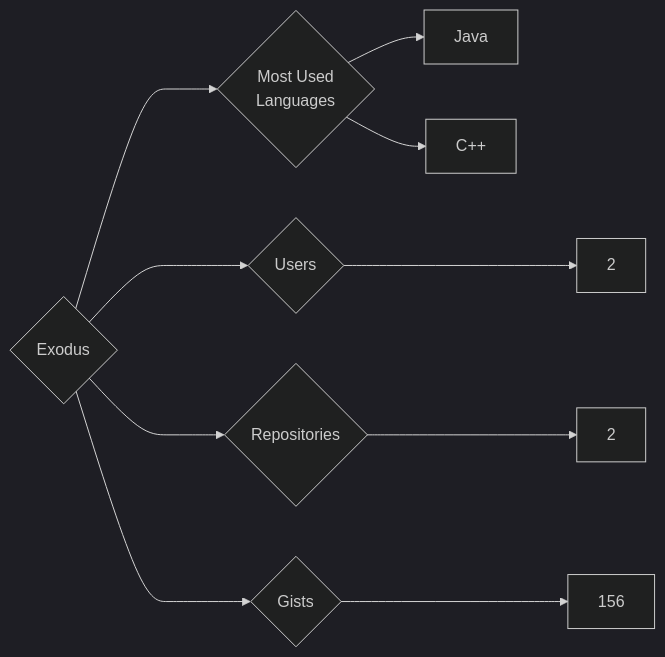
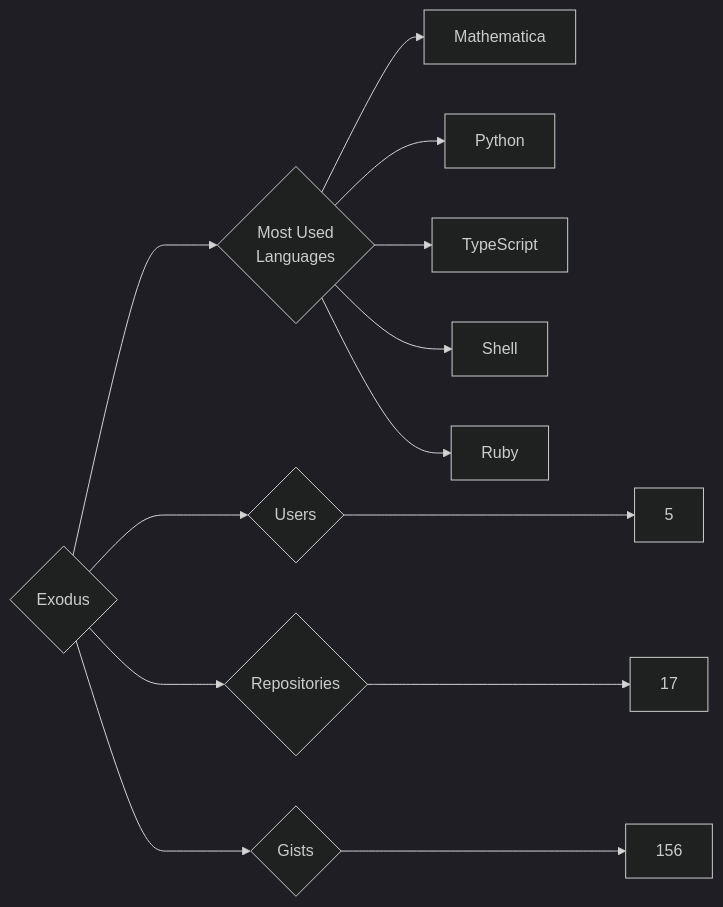
Before and after one commit to trickest/insiders: the diagram in targets/Exodus/README.md, drawn with Mermaid (dark theme). The commit also changed 1141 other files, not shown here.

````diff
--- a/targets/Exodus/README.md
+++ b/targets/Exodus/README.md
@@ -3,10 +3,13 @@
 ```mermaid
 graph LR
 COMPANY_NAME{Exodus}
-COMPANY_NAME ---> U{Users} ---> UN[2]
-COMPANY_NAME ---> R{Repositories} ---> RN[2]
+COMPANY_NAME ---> U{Users} ---> UN[5]
+COMPANY_NAME ---> R{Repositories} ---> RN[17]
 COMPANY_NAME ---> G{Gists} ---> GN[156]
 COMPANY_NAME ---> ML{Most Used<br>Languages}
-ML --> Java[Java]
-ML --> C++[C++]
+ML --> Mathematica[Mathematica]
+ML --> Python[Python]
+ML --> TypeScript[TypeScript]
+ML --> Shell[Shell]
+ML --> Ruby[Ruby]
 ```
````
